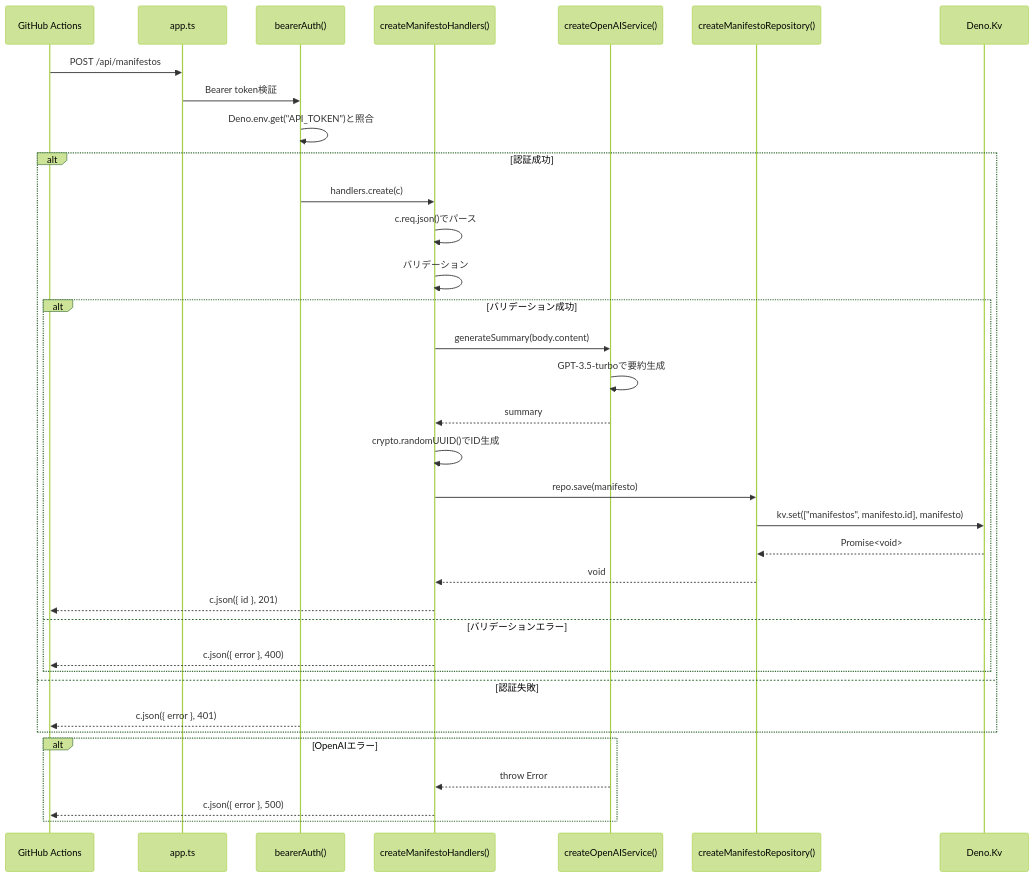
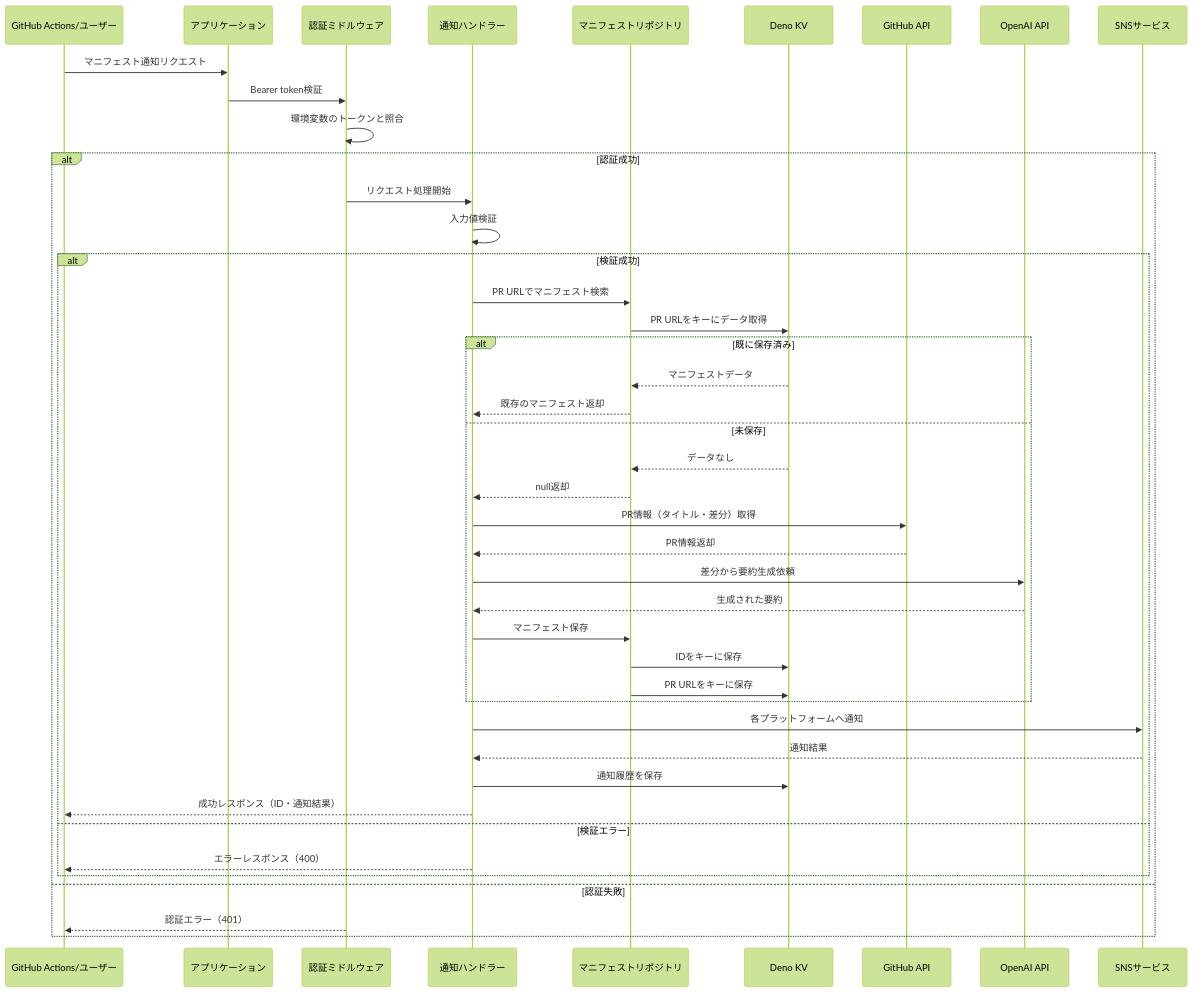
One commit to team-mirai-volunteer/manifesto-notify-bot changed the diagram in docs/manifesto-registration-api.md. Above: the diagram before and after it, drawn with Mermaid (forest theme). The commit also changed other lines of this file, not shown here.

````diff
--- a/docs/manifesto-registration-api.md
+++ b/docs/manifesto-registration-api.md
@@ -88,41 +167,50 @@
 ```mermaid
 sequenceDiagram
-    participant Client as GitHub Actions
-    participant App as app.ts
-    participant Auth as bearerAuth()
-    participant Handler as createManifestoHandlers()
-    participant OpenAI as createOpenAIService()
-    participant Repo as createManifestoRepository()
-    participant KV as Deno.Kv
+    participant Client as GitHub Actions/ユーザー
+    participant App as アプリケーション
+    participant Auth as 認証ミドルウェア
+    participant Handler as 通知ハンドラー
+    participant Repo as マニフェストリポジトリ
+    participant KV as Deno KV
+    participant GitHub as GitHub API
+    participant OpenAI as OpenAI API
+    participant SNS as SNSサービス
 
-    Client->>App: POST /api/manifestos
+    Client->>App: マニフェスト通知リクエスト
     App->>Auth: Bearer token検証
-    Auth->>Auth: Deno.env.get("API_TOKEN")と照合
+    Auth->>Auth: 環境変数のトークンと照合
     
     alt 認証成功
-        Auth->>Handler: handlers.create(c)
-        Handler->>Handler: c.req.json()でパース
-        Handler->>Handler: バリデーション
+        Auth->>Handler: リクエスト処理開始
+        Handler->>Handler: 入力値検証
         
-        alt バリデーション成功
-            Handler->>OpenAI: generateSummary(body.content)
-            OpenAI->>OpenAI: GPT-3.5-turboで要約生成
-            OpenAI-->>Handler: summary
-            Handler->>Handler: crypto.randomUUID()でID生成
-            Handler->>Repo: repo.save(manifesto)
-            Repo->>KV: kv.set(["manifestos", manifesto.id], manifesto)
-            KV-->>Repo: Promise<void>
-            Repo-->>Handler: void
-            Handler-->>Client: c.json({ id }, 201)
-        else バリデーションエラー
-            Handler-->>Client: c.json({ error }, 400)
+        alt 検証成功
+            Handler->>Repo: PR URLでマニフェスト検索
+            Repo->>KV: PR URLをキーにデータ取得
+            
+            alt 既に保存済み
+                KV-->>Repo: マニフェストデータ
+                Repo-->>Handler: 既存のマニフェスト返却
+            else 未保存
+                KV-->>Repo: データなし
+                Repo-->>Handler: null返却
+                Handler->>GitHub: PR情報（タイトル・差分）取得
+                GitHub-->>Handler: PR情報返却
+                Handler->>OpenAI: 差分から要約生成依頼
+                OpenAI-->>Handler: 生成された要約
+                Handler->>Repo: マニフェスト保存
+                Repo->>KV: IDをキーに保存
+                Repo->>KV: PR URLをキーに保存
+            end
+            
+            Handler->>SNS: 各プラットフォームへ通知
+            SNS-->>Handler: 通知結果
+            Handler->>KV: 通知履歴を保存
+            Handler-->>Client: 成功レスポンス（ID・通知結果）
+        else 検証エラー
+            Handler-->>Client: エラーレスポンス（400）
         end
     else 認証失敗
-        Auth-->>Client: c.json({ error }, 401)
-    end
-    
-    alt OpenAIエラー
-        OpenAI-->>Handler: throw Error
-        Handler-->>Client: c.json({ error }, 500)
+        Auth-->>Client: 認証エラー（401）
     end
 ```
````
